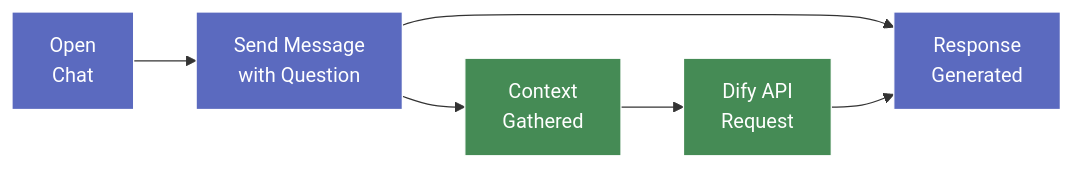
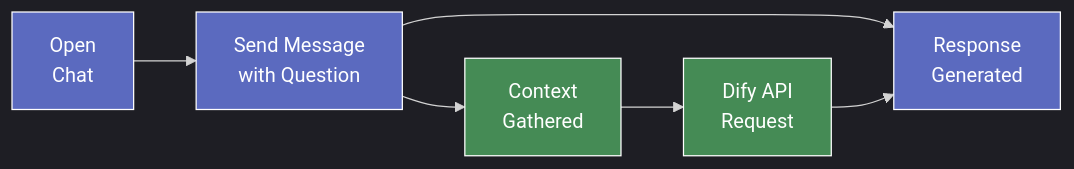
The fourth of 5 diagrams in docs/Architecture_and_Tech_Stack.md (PatrickJYKang/problem_generator), drawn with Mermaid before and after one commit. The commit also changed other lines of this file and 66 other files, not shown here.

````diff
--- a/docs/Architecture_and_Tech_Stack.md
+++ b/docs/Architecture_and_Tech_Stack.md
@@ -119,15 +140,16 @@
 ```mermaid
+%%{init: {'theme': 'dark'}}%%
 flowchart LR
     A["Open\nChat"] --> B["Send Message\nwith Question"]
     B --> C["Response\nGenerated"]
     B --> D["Context\nGathered"]
     D --> E["Dify API\nRequest"]
     E --> C
     
     %% Using colors optimized for dark mode readability
     classDef userActions fill:#5b6abf,stroke:#fff,stroke-width:1px,color:#fff;
     classDef systemActions fill:#458b55,stroke:#fff,stroke-width:1px,color:#fff;
     
     class A,B,C userActions;
     class D,E systemActions;
 ```
````
